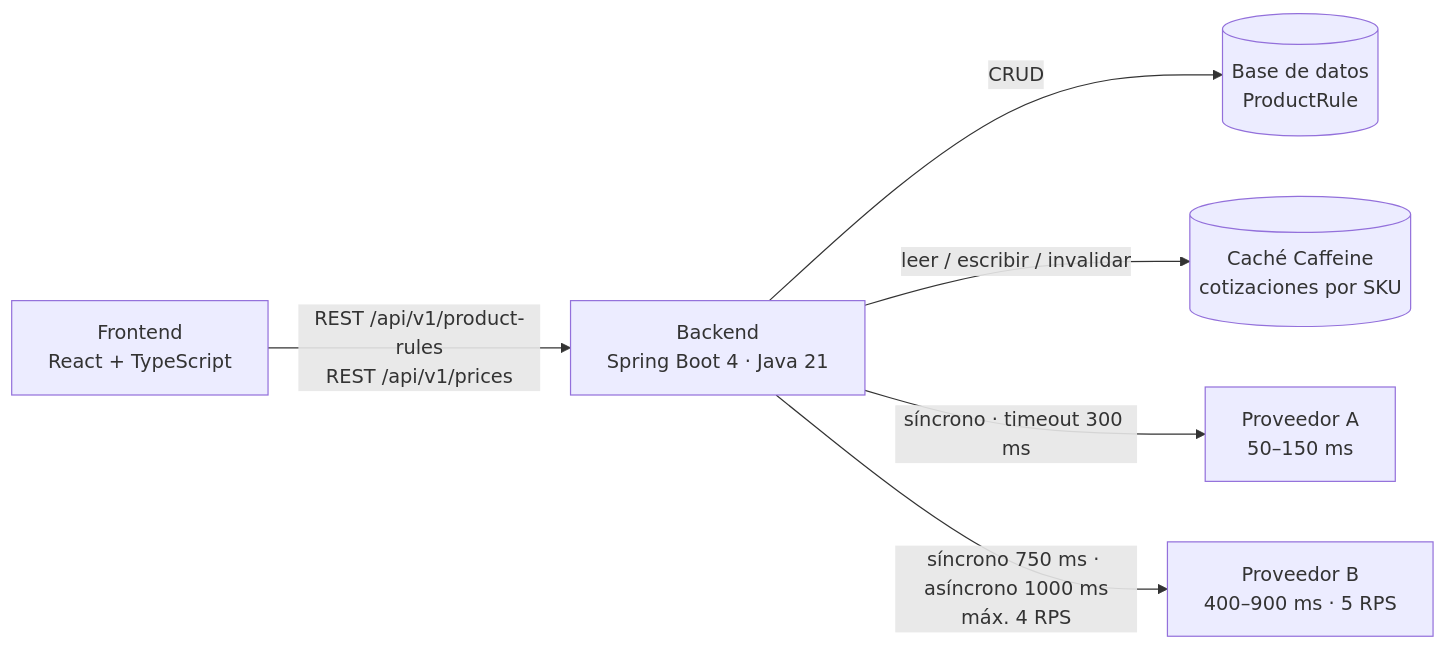
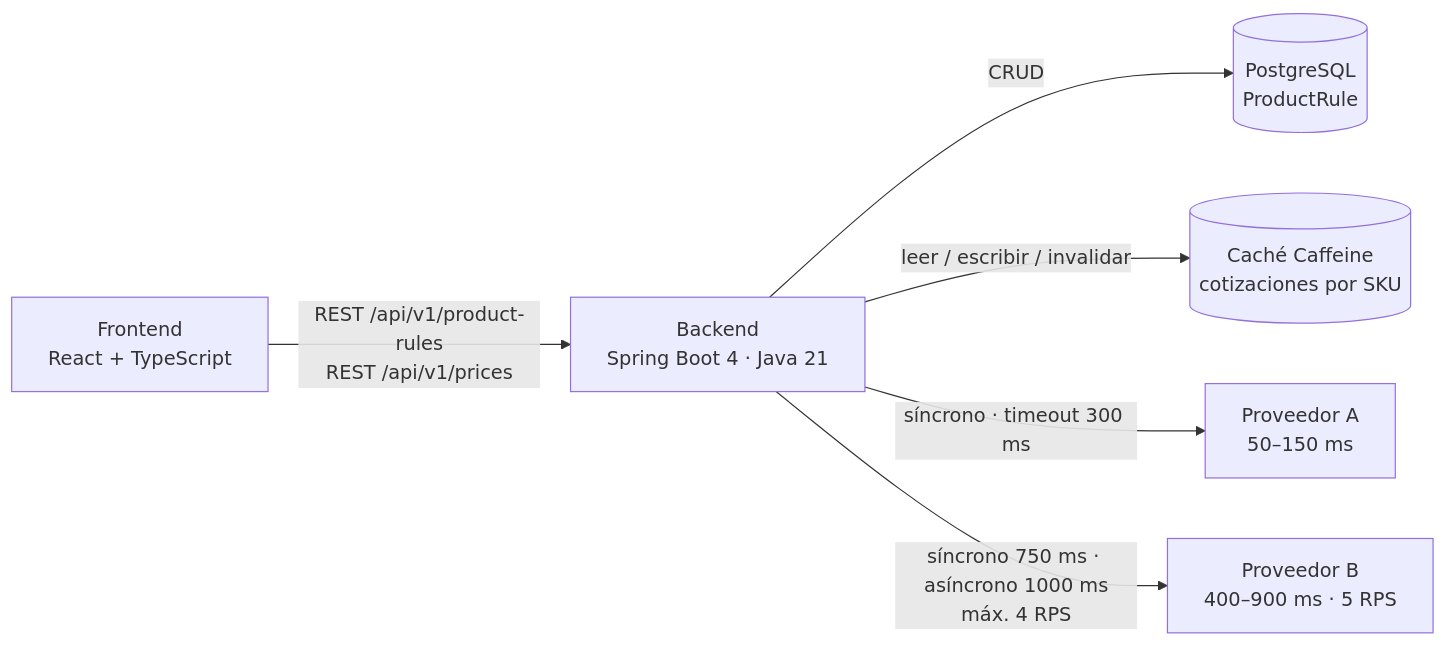
The first of 2 diagrams in README.md (rgonz9921/price-consolidation-app), drawn with Mermaid before and after one commit. The commit also changed other lines of this file and 1 other file, not shown here.

````diff
--- a/README.md
+++ b/README.md
@@ -7,15 +35,15 @@
 ```mermaid
 flowchart LR
     UI["Frontend<br/>React + TypeScript"]
     API["Backend<br/>Spring Boot 4 · Java 21"]
-    DB[("Base de datos<br/>ProductRule")]
+    DB[("PostgreSQL<br/>ProductRule")]
     CACHE[("Caché Caffeine<br/>cotizaciones por SKU")]
     A["Proveedor A<br/>50–150 ms"]
     B["Proveedor B<br/>400–900 ms · 5 RPS"]
 
     UI -- "REST /api/v1/product-rules<br/>REST /api/v1/prices" --> API
     API -- "CRUD" --> DB
     API -- "leer / escribir / invalidar" --> CACHE
     API -- "síncrono · timeout 300 ms" --> A
     API -- "síncrono 750 ms · asíncrono 1000 ms<br/>máx. 4 RPS" --> B
 ```
````
